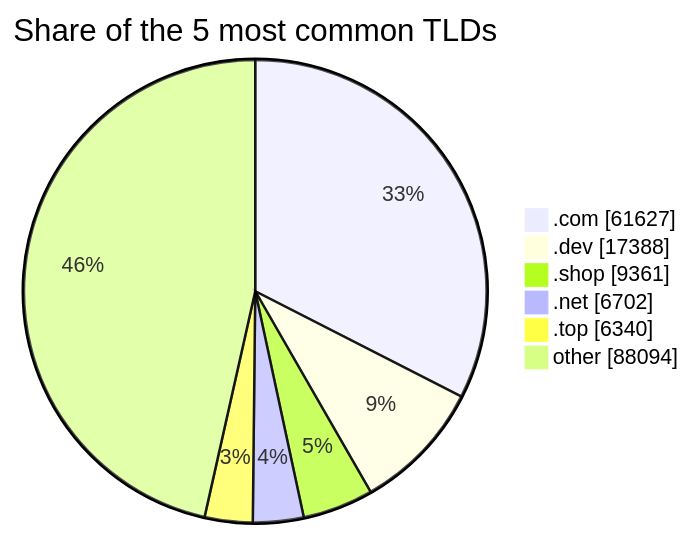
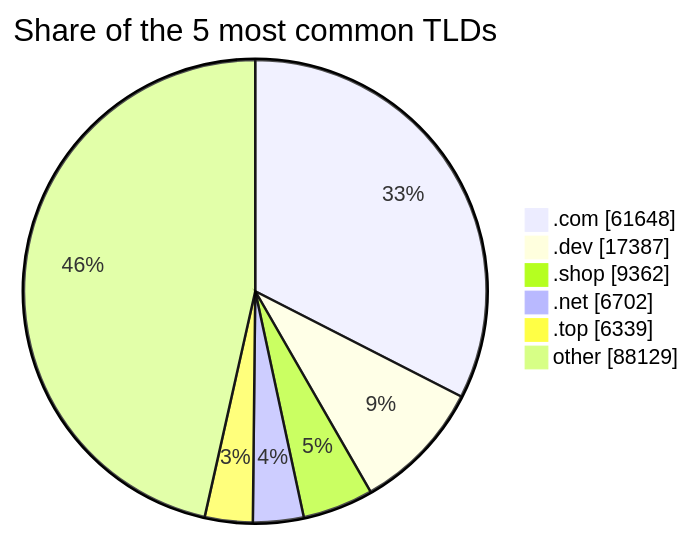
One commit to DNSBunker/CTI changed the third of 3 diagrams in README.md. Above: the diagram before and after it, drawn with Mermaid. The commit also changed other lines of this file and 3 other files, not shown here.

````diff
--- a/README.md
+++ b/README.md
@@ -81,9 +81,9 @@
 ```mermaid
 pie showData title Share of the 5 most common TLDs
-    ".com" : 61627
-    ".dev" : 17388
-    ".shop" : 9361
+    ".com" : 61648
+    ".dev" : 17387
+    ".shop" : 9362
     ".net" : 6702
-    ".top" : 6340
-    "other" : 88094
+    ".top" : 6339
+    "other" : 88129
 ```
````
